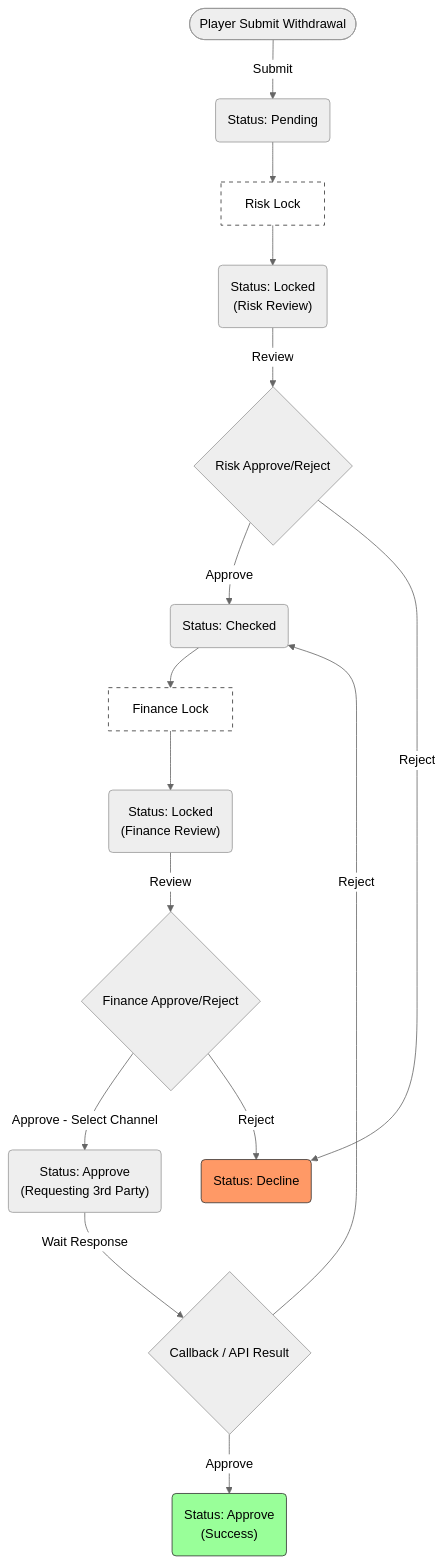
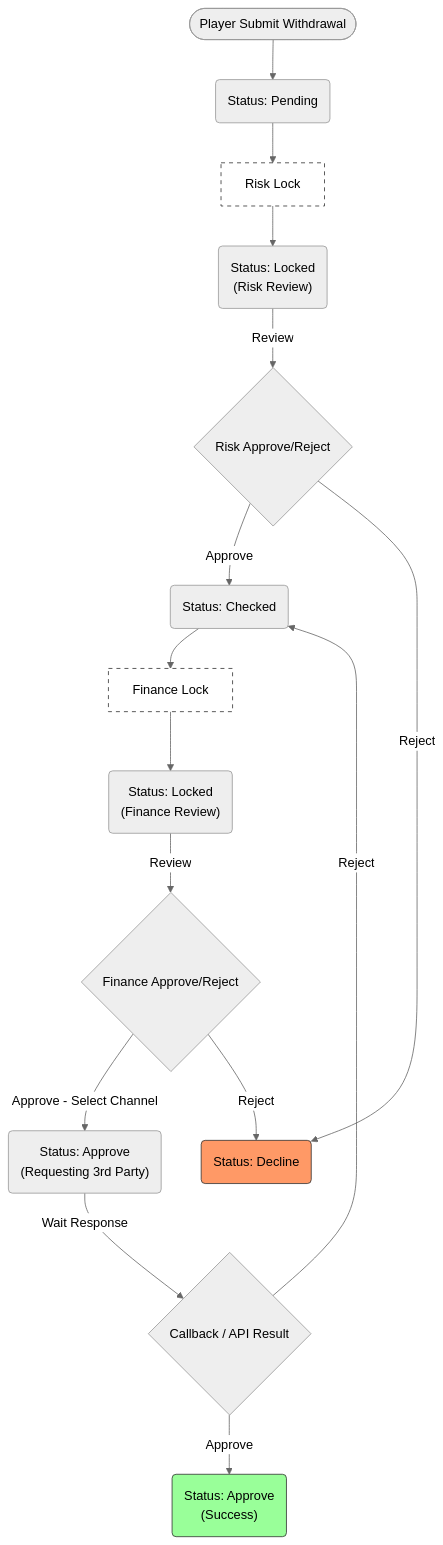
The first of 2 diagrams in no99_archive/sitflowchart.md (almightyken0425/SuSuGiGiSpec), drawn with Mermaid (neutral theme) before and after one commit. The commit also changed other lines of this file, not shown here.

````diff
--- a/no99_archive/sitflowchart.md
+++ b/no99_archive/sitflowchart.md
@@ -29,50 +29,50 @@
 ```mermaid
 graph TD
     %% 節點定義
     Start(["Player Submit Withdrawal"])
     Pending("Status: Pending")
     
     RiskLockActionBox["Risk Lock"]
     RiskLock("Status: Locked<br/>(Risk Review)")
     
     RiskAction{"Risk Approve/Reject"}
     Checked("Status: Checked")
     
     FinanceLockActionBox["Finance Lock"]
     FinanceLock("Status: Locked<br/>(Finance Review)")
     
     FinanceAction{"Finance Approve/Reject"}
     ApproveReq("Status: Approve<br/>(Requesting 3rd Party)")
     Decline("Status: Decline")
     Success("Status: Approve<br/>(Success)")
     Callback{"Callback / API Result"}
 
-    Start -->|"Submit"| Pending
+    Start --> Pending
     
     Pending --> RiskLockActionBox
     RiskLockActionBox --> RiskLock
     
     RiskLock -->|"Review"| RiskAction
     
     RiskAction -->|"Approve"| Checked
     
     Checked --> FinanceLockActionBox
     FinanceLockActionBox --> FinanceLock
     
     FinanceLock -->|"Review"| FinanceAction
     
     FinanceAction -->|"Approve - Select Channel"| ApproveReq
 
     RiskAction -->|"Reject"| Decline
     FinanceAction -->|"Reject"| Decline
     
     ApproveReq -->|"Wait Response"| Callback
 
     Callback -->|"Approve"| Success
     Callback -->|"Reject"| Checked
 
     style Decline fill:#f96,stroke:#333
     style Success fill:#9f9,stroke:#333
     style RiskLockActionBox fill:#fff,stroke:#333,stroke-dasharray: 5 5
     style FinanceLockActionBox fill:#fff,stroke:#333,stroke-dasharray: 5 5
 ```
````
